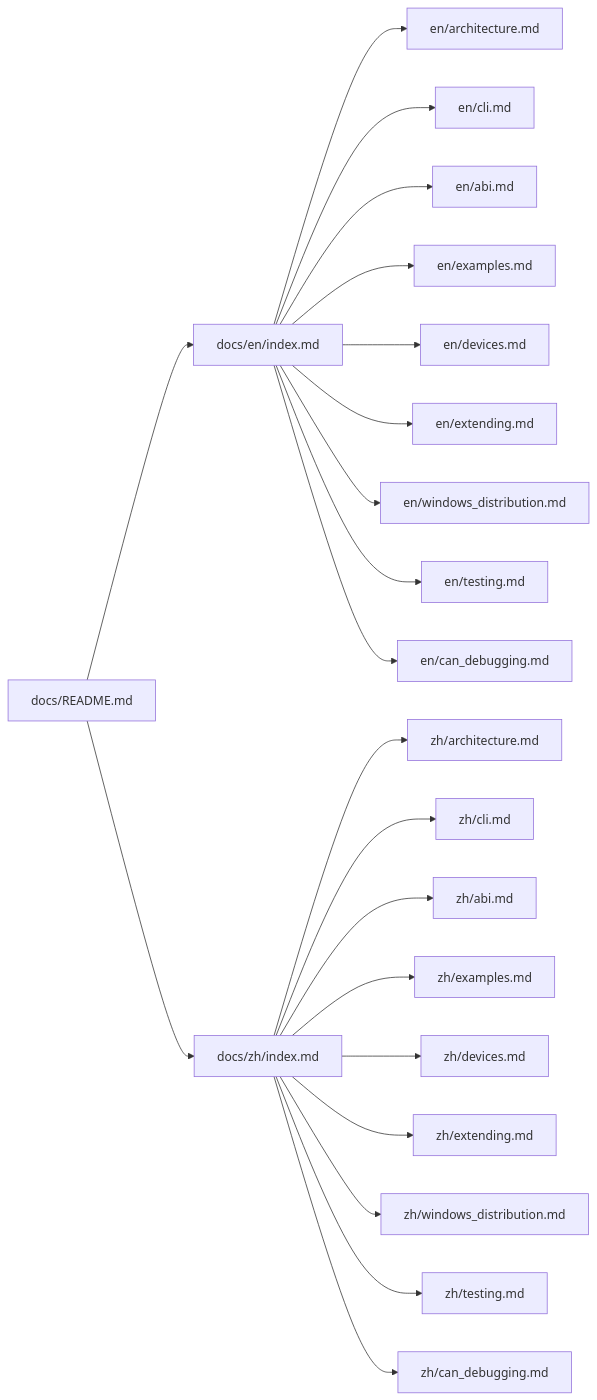
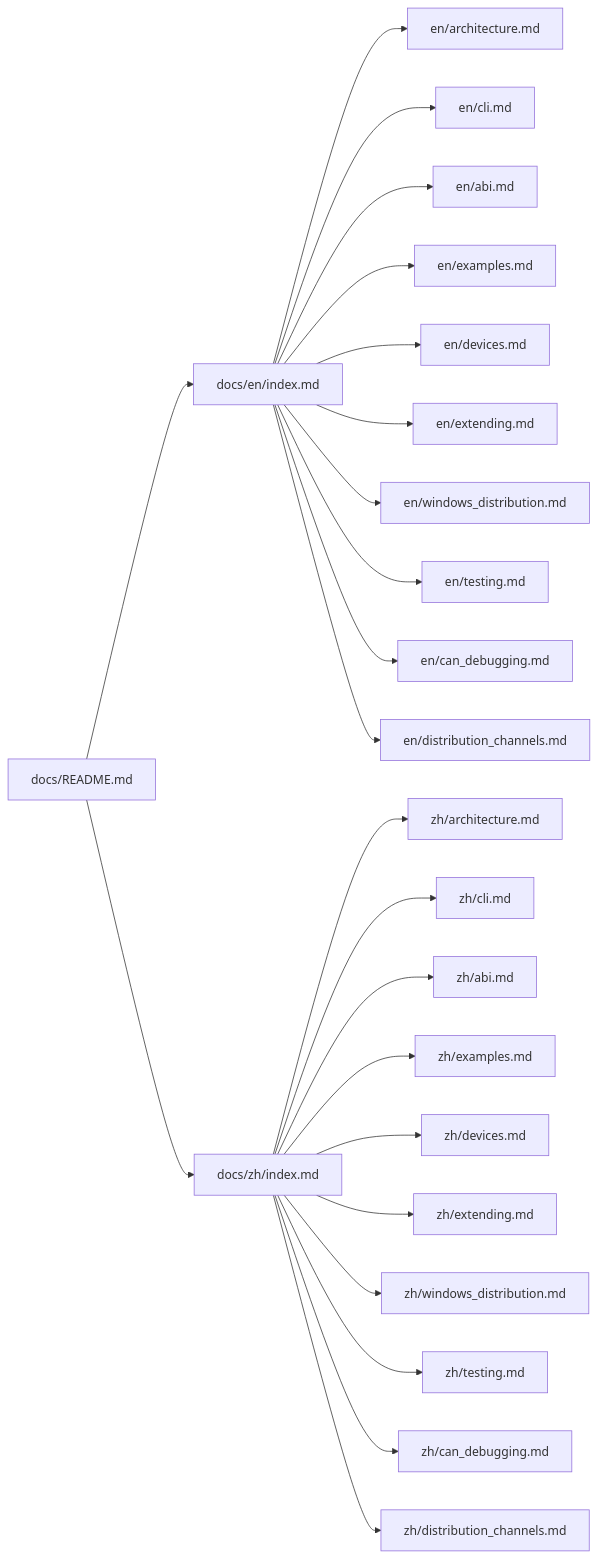
One commit to tianrking/motorbridge changed the diagram in docs/README.md. Above: the diagram before and after it, drawn with Mermaid. The commit also changed other lines of this file and 13 other files, not shown here.

Commit message:
feat(distribution): add apt/homebrew/windows channels and token-based pypi publish

````diff
--- a/docs/README.md
+++ b/docs/README.md
@@ -10,23 +10,25 @@
 ```mermaid
 flowchart LR
   HUB["docs/README.md"] --> EN["docs/en/index.md"]
   HUB --> ZH["docs/zh/index.md"]
   EN --> EN_ARCH["en/architecture.md"]
   EN --> EN_CLI["en/cli.md"]
   EN --> EN_ABI["en/abi.md"]
   EN --> EN_EX["en/examples.md"]
   EN --> EN_DEV["en/devices.md"]
   EN --> EN_EXT["en/extending.md"]
   EN --> EN_WIN["en/windows_distribution.md"]
   EN --> EN_TST["en/testing.md"]
   EN --> EN_CANDBG["en/can_debugging.md"]
+  EN --> EN_DIST["en/distribution_channels.md"]
   ZH --> ZH_ARCH["zh/architecture.md"]
   ZH --> ZH_CLI["zh/cli.md"]
   ZH --> ZH_ABI["zh/abi.md"]
   ZH --> ZH_EX["zh/examples.md"]
   ZH --> ZH_DEV["zh/devices.md"]
   ZH --> ZH_EXT["zh/extending.md"]
   ZH --> ZH_WIN["zh/windows_distribution.md"]
   ZH --> ZH_TST["zh/testing.md"]
   ZH --> ZH_CANDBG["zh/can_debugging.md"]
+  ZH --> ZH_DIST["zh/distribution_channels.md"]
 ```
````
